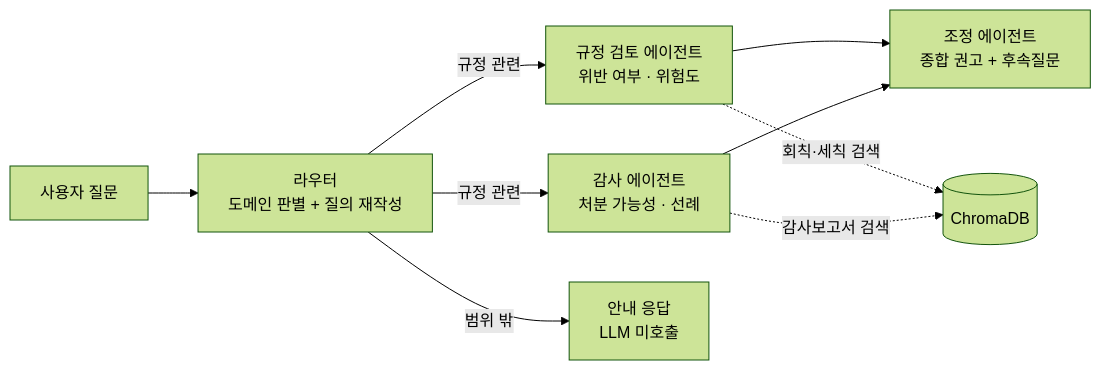
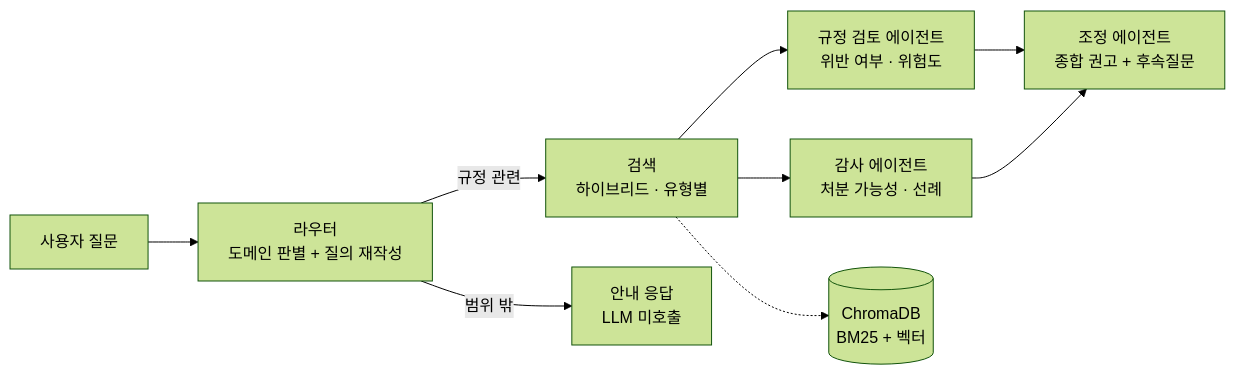
The first of 2 diagrams in README.md (Patrick-SCH03/Student-Council_AI_Agent), drawn with Mermaid (forest theme) before and after one commit. The commit also changed other lines of this file, not shown here.

````diff
--- a/README.md
+++ b/README.md
@@ -89,11 +90,11 @@
 ```mermaid
 flowchart LR
     U["사용자 질문"] --> RT["라우터<br/>도메인 판별 + 질의 재작성"]
-    RT -->|규정 관련| RV["규정 검토 에이전트<br/>위반 여부 · 위험도"]
-    RT -->|규정 관련| AD["감사 에이전트<br/>처분 가능성 · 선례"]
+    RT -->|규정 관련| RE["검색<br/>하이브리드 · 유형별"]
     RT -->|범위 밖| OO["안내 응답<br/>LLM 미호출"]
+    RE --> RV["규정 검토 에이전트<br/>위반 여부 · 위험도"]
+    RE --> AD["감사 에이전트<br/>처분 가능성 · 선례"]
     RV --> CO["조정 에이전트<br/>종합 권고 + 후속질문"]
     AD --> CO
-    RV -.->|회칙·세칙 검색| DB[("ChromaDB")]
-    AD -.->|감사보고서 검색| DB
+    RE -.-> DB[("ChromaDB<br/>BM25 + 벡터")]
 ```
````
